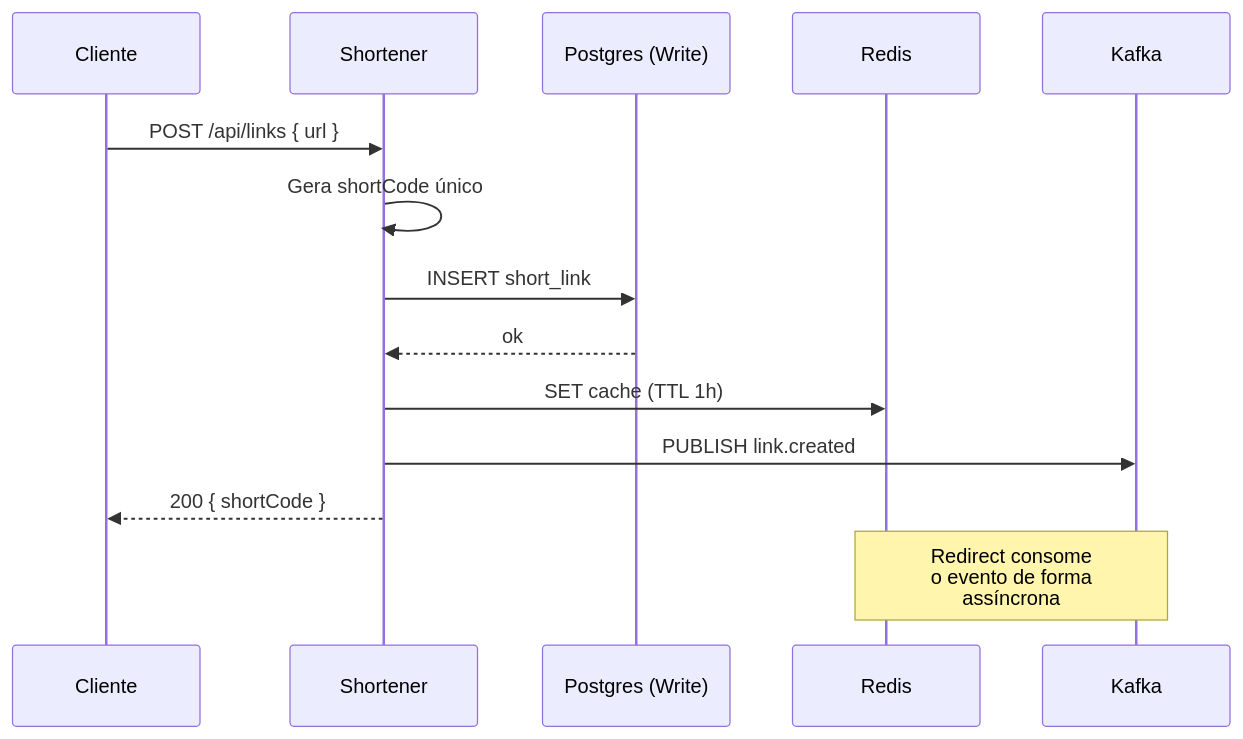
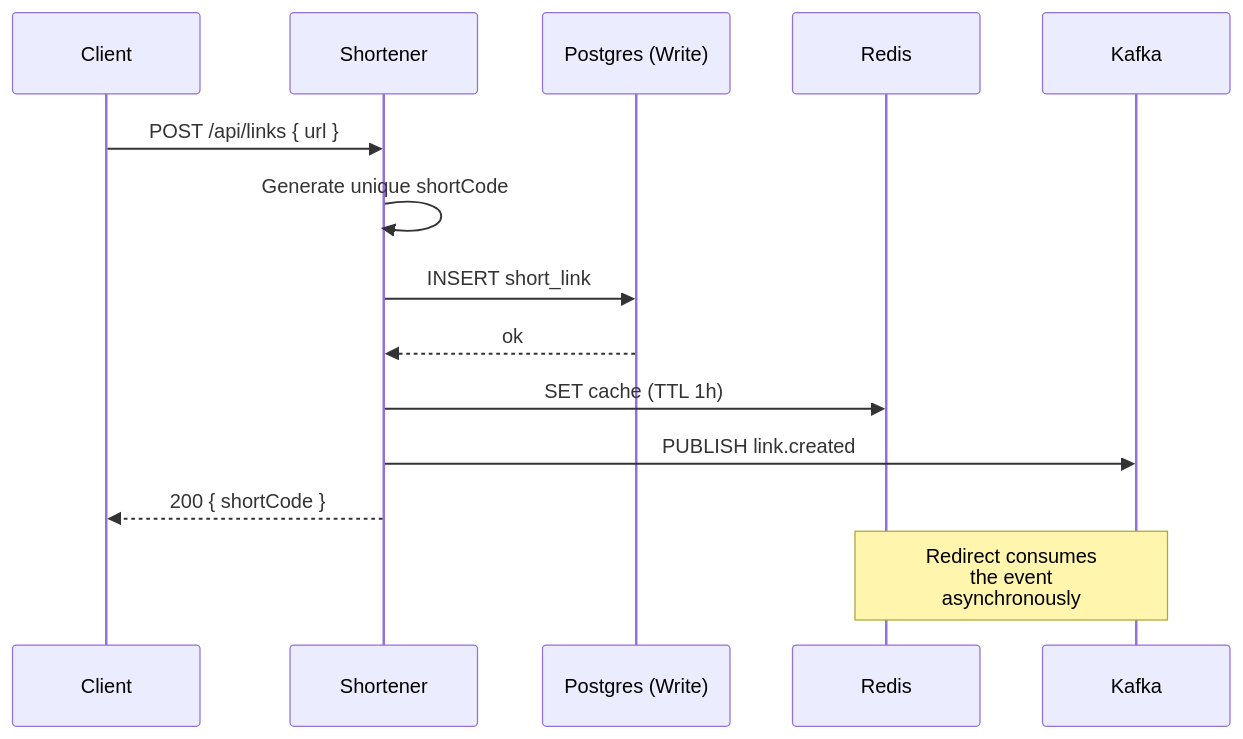
One commit to leonardolimaArt/linkforge changed the second of 3 diagrams in README.md. Above: the diagram before and after it, drawn with Mermaid. The commit also changed other lines of this file and 2 other files, not shown here.

````diff
--- a/README.md
+++ b/README.md
@@ -86,17 +86,17 @@
 ```mermaid
 sequenceDiagram
-    participant U as Cliente
+    participant U as Client
     participant S as Shortener
     participant DB as Postgres (Write)
     participant R as Redis
     participant K as Kafka
 
     U->>S: POST /api/links { url }
-    S->>S: Gera shortCode único
+    S->>S: Generate unique shortCode
     S->>DB: INSERT short_link
     DB-->>S: ok
     S->>R: SET cache (TTL 1h)
     S->>K: PUBLISH link.created
     S-->>U: 200 { shortCode }
-    Note over K,R: Redirect consome<br/>o evento de forma<br/>assíncrona
+    Note over K,R: Redirect consumes<br/>the event<br/>asynchronously
 ```
````
